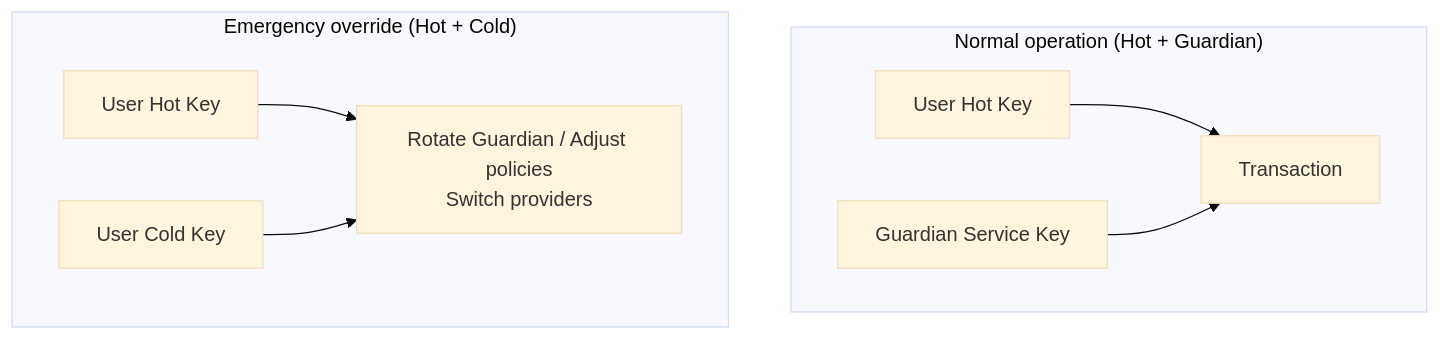
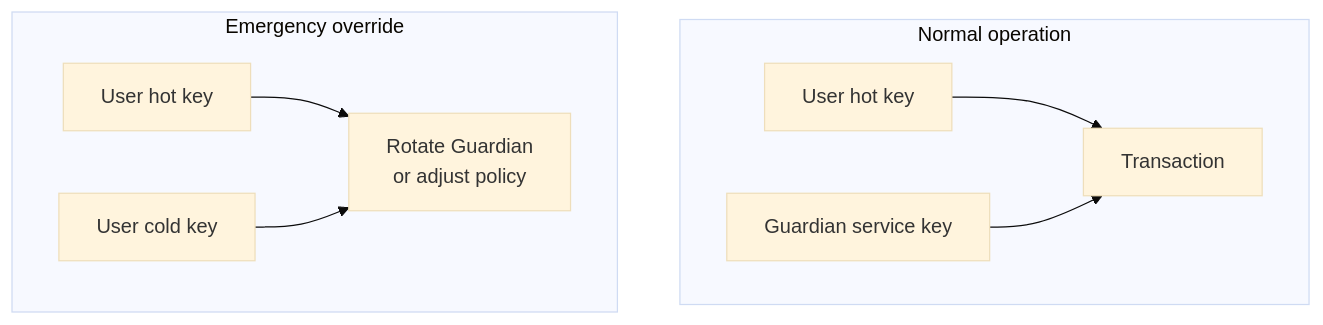
Before and after one commit to 0xMiden/miden-docs: the second of 2 diagrams in docs/builder/miden-guardian/core-concepts/security.md, drawn with Mermaid (base theme). The commit also changed other lines of this file and 13 other files, not shown here.

First line of the commit message:
docs: expand Guardian architecture docs

````diff
--- a/docs/builder/miden-guardian/core-concepts/security.md
+++ b/docs/builder/miden-guardian/core-concepts/security.md
@@ -62,12 +66,12 @@
 ```mermaid
 graph TD
-    subgraph "Normal operation (Hot + Guardian)"
-        Hot["User Hot Key"] --> TX["Transaction"]
-        GuardianKey["Guardian Service Key"] --> TX
+    subgraph "Normal operation"
+        Hot["User hot key"] --> TX["Transaction"]
+        GuardianKey["Guardian service key"] --> TX
     end
 
-    subgraph "Emergency override (Hot + Cold)"
-        Hot2["User Hot Key"] --> Override["Rotate Guardian / Adjust policies<br/>Switch providers"]
-        Cold["User Cold Key"] --> Override
+    subgraph "Emergency override"
+        Hot2["User hot key"] --> Override["Rotate Guardian<br/>or adjust policy"]
+        Cold["User cold key"] --> Override
     end
 ```
````
